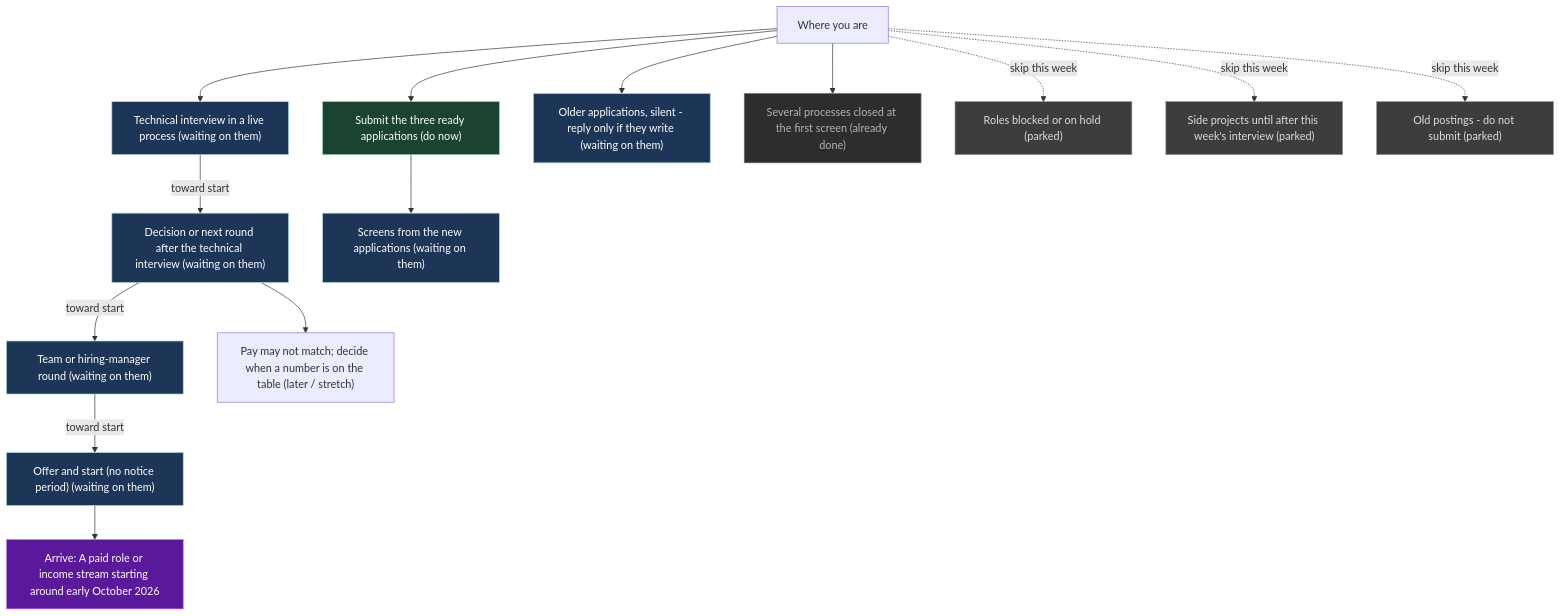
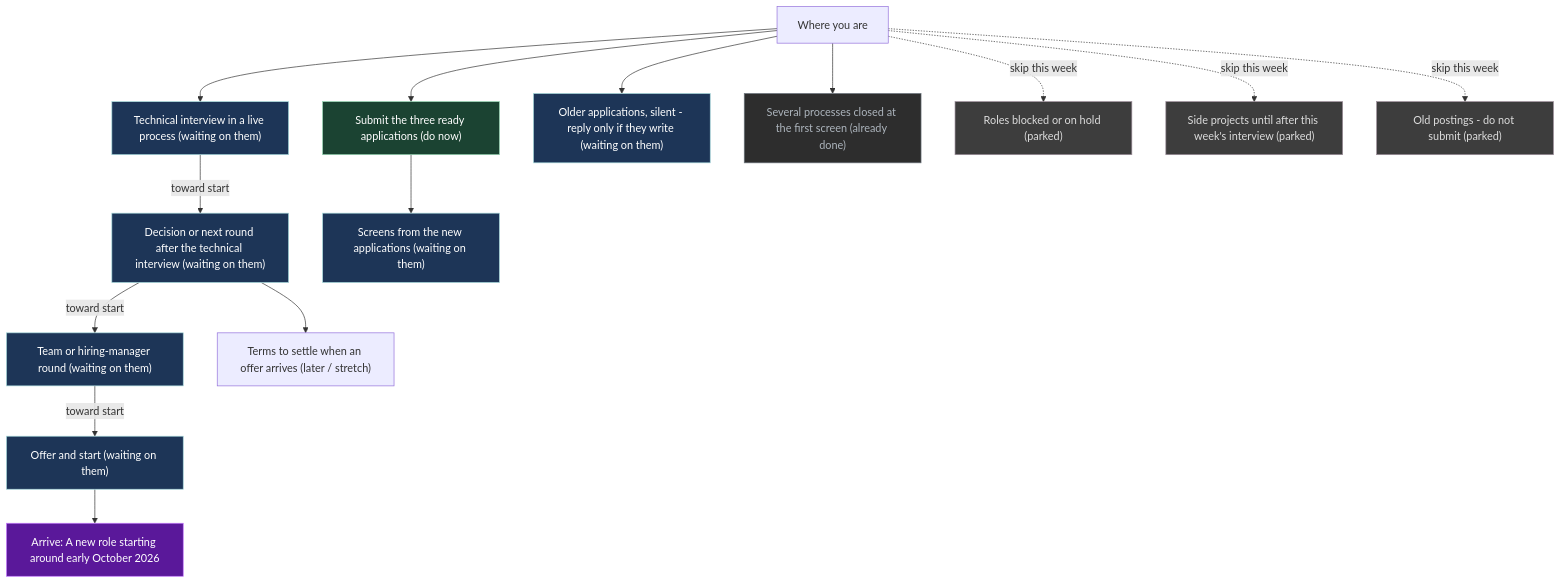
One commit to p10ns11y/life-os changed the diagram in UI/Mission.md. Above: the diagram before and after it, drawn with Mermaid. The commit also changed other lines of this file, not shown here.

````diff
--- a/UI/Mission.md
+++ b/UI/Mission.md
@@ -67,40 +67,40 @@
 ```mermaid
 flowchart TB
   x["Where you are"]
-  G["Arrive: A paid role or income stream starting around early October 2026"]
+  G["Arrive: A new role starting around early October 2026"]
   S3["Submit the three ready applications (do now)"]
   S0["Technical interview in a live process (waiting on them)"]
   S4["Decision or next round after the technical interview (waiting on them)"]
   S4b["Team or hiring-manager round (waiting on them)"]
-  S5["Offer and start (no notice period) (waiting on them)"]
+  S5["Offer and start (waiting on them)"]
   S6["Screens from the new applications (waiting on them)"]
   S1["Older applications, silent - reply only if they write (waiting on them)"]
-  R1["Pay may not match; decide when a number is on the table (later / stretch)"]
+  R1["Terms to settle when an offer arrives (later / stretch)"]
   D1["Several processes closed at the first screen (already done)"]
   P1["Roles blocked or on hold (parked)"]
   P2["Side projects until after this week's interview (parked)"]
   P3["Old postings - do not submit (parked)"]
   x --> S3
   x --> S0
   S0 -->|"toward start"| S4
   S4 -->|"toward start"| S4b
   S4b -->|"toward start"| S5
   S3 --> S6
   x --> S1
   S4 --> R1
   x --> D1
   x -.->|"skip this week"| P1
   x -.->|"skip this week"| P2
   x -.->|"skip this week"| P3
   S5 --> G
   classDef do fill:#1b4332,stroke:#95d5b2,color:#fff
   classDef wait fill:#1d3557,stroke:#a8dadc,color:#fff
   classDef park fill:#3d3d3d,stroke:#9a8c98,color:#ddd
   classDef done fill:#2d2d2d,stroke:#6c757d,color:#adb5bd
   classDef goal fill:#5a189a,stroke:#c77dff,color:#fff
   class G goal
   class S3 do
   class S0,S4,S4b,S5,S6,S1 wait
   class P1,P2,P3 park
   class D1 done
 ```
````
